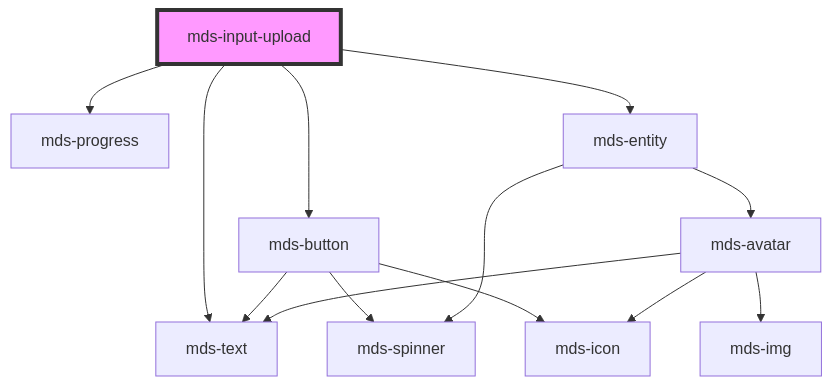
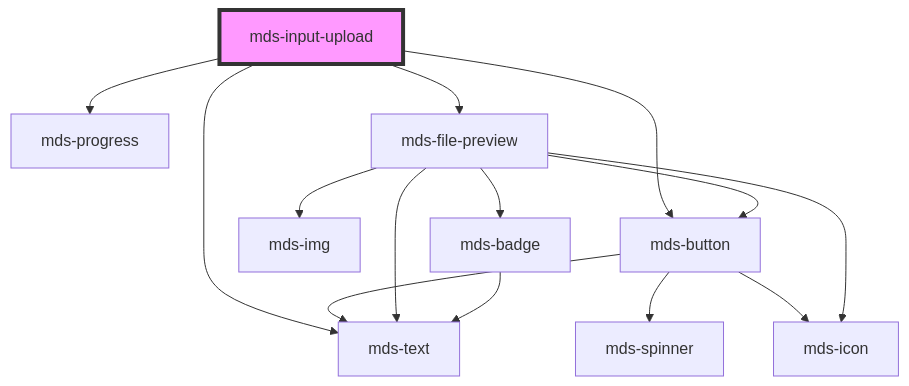
Before and after one commit to magma-design-system/magma: the diagram in projects/stencil/src/components/mds-input-upload/readme.md, drawn with Mermaid. The commit also changed other lines of this file and 2 other files, not shown here.

Commit message:
fix(mds-input-upload): now check file type correctly

````diff
--- a/projects/stencil/src/components/mds-input-upload/readme.md
+++ b/projects/stencil/src/components/mds-input-upload/readme.md
@@ -27,16 +27,17 @@
 ```mermaid
 graph TD;
   mds-input-upload --> mds-text
   mds-input-upload --> mds-button
   mds-input-upload --> mds-progress
-  mds-input-upload --> mds-entity
+  mds-input-upload --> mds-file-preview
   mds-button --> mds-spinner
   mds-button --> mds-icon
   mds-button --> mds-text
-  mds-entity --> mds-spinner
-  mds-entity --> mds-avatar
-  mds-avatar --> mds-text
-  mds-avatar --> mds-img
-  mds-avatar --> mds-icon
+  mds-file-preview --> mds-button
+  mds-file-preview --> mds-img
+  mds-file-preview --> mds-icon
+  mds-file-preview --> mds-text
+  mds-file-preview --> mds-badge
+  mds-badge --> mds-text
   style mds-input-upload fill:#f9f,stroke:#333,stroke-width:4px
 ```
````
